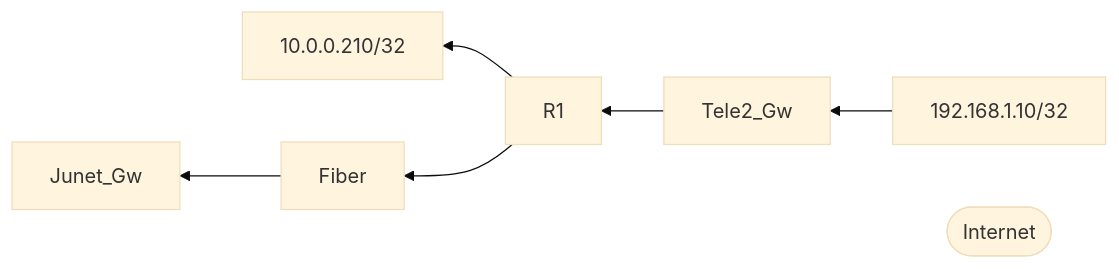
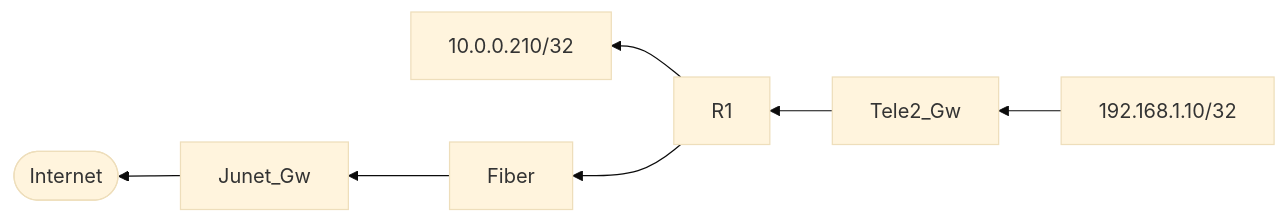
The third of 3 diagrams in Topology.md (notkasim/DOCS), drawn with Mermaid (base theme) before and after one commit.

````diff
--- a/Topology.md
+++ b/Topology.md
@@ -17,9 +17,10 @@
 ```mermaid
 graph RL;
     192.168.1.10/32-->Tele2_Gw;
     Tele2_Gw-->R1;
     R1-->10.0.0.210/32;
     R1-->Fiber;
     Fiber-->Junet_Gw;
     id2([Internet])
+    Junet_Gw-->id2
 ```
````
